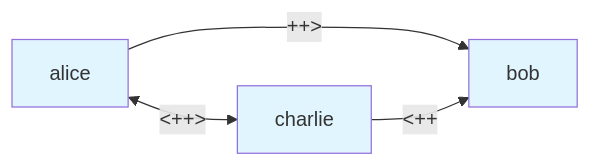
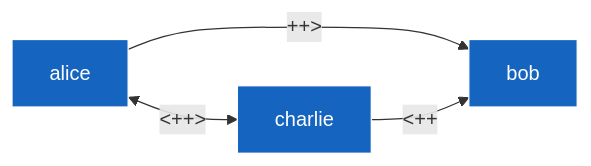
One commit to specialized806/jaseci changed the first of 4 diagrams in jac/examples/reference/connect_expressions.md. Above: the diagram before and after it, drawn with Mermaid. The commit also changed 13 other files, not shown here.

Commit message:
imporve spec diagram styles

````diff
--- a/jac/examples/reference/connect_expressions.md
+++ b/jac/examples/reference/connect_expressions.md
@@ -41,10 +41,10 @@
 ```mermaid
 graph LR
     A[alice] -->|++>| B[bob]
     C[charlie] -->|<++| B
     A <-->|<++>| C
 
-    style A fill:#e1f5fe
-    style B fill:#e1f5fe
-    style C fill:#e1f5fe
+    style A fill:#1565c0,stroke:#fff,color:#fff
+    style B fill:#1565c0,stroke:#fff,color:#fff
+    style C fill:#1565c0,stroke:#fff,color:#fff
 ```
````
